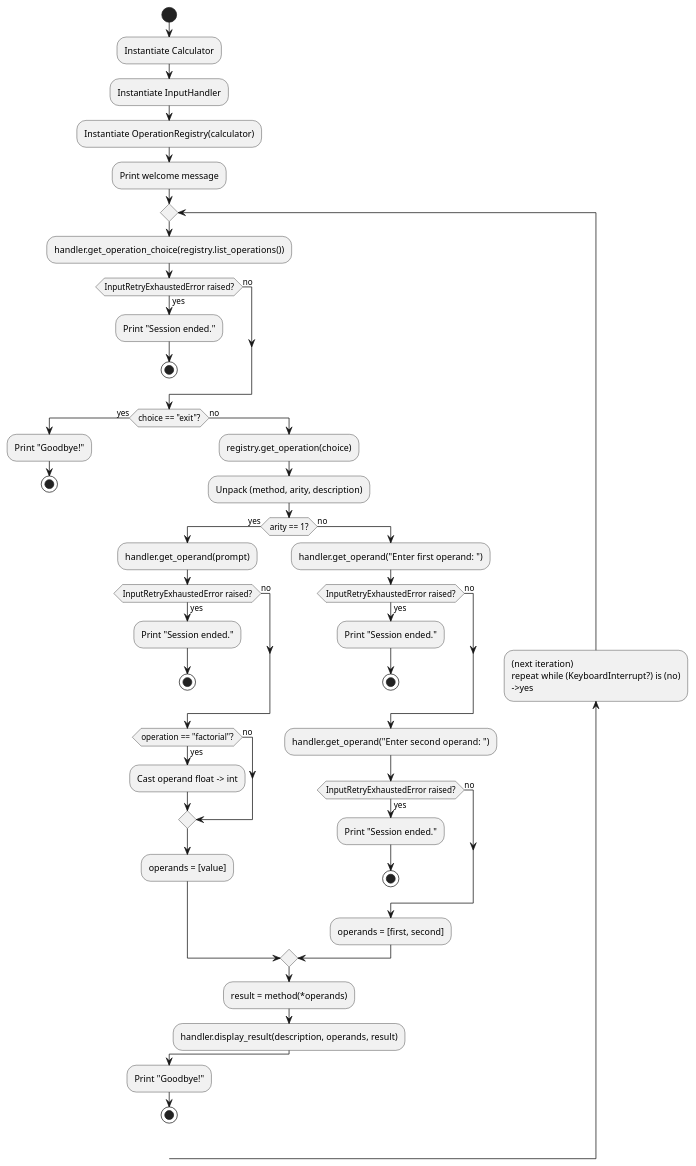
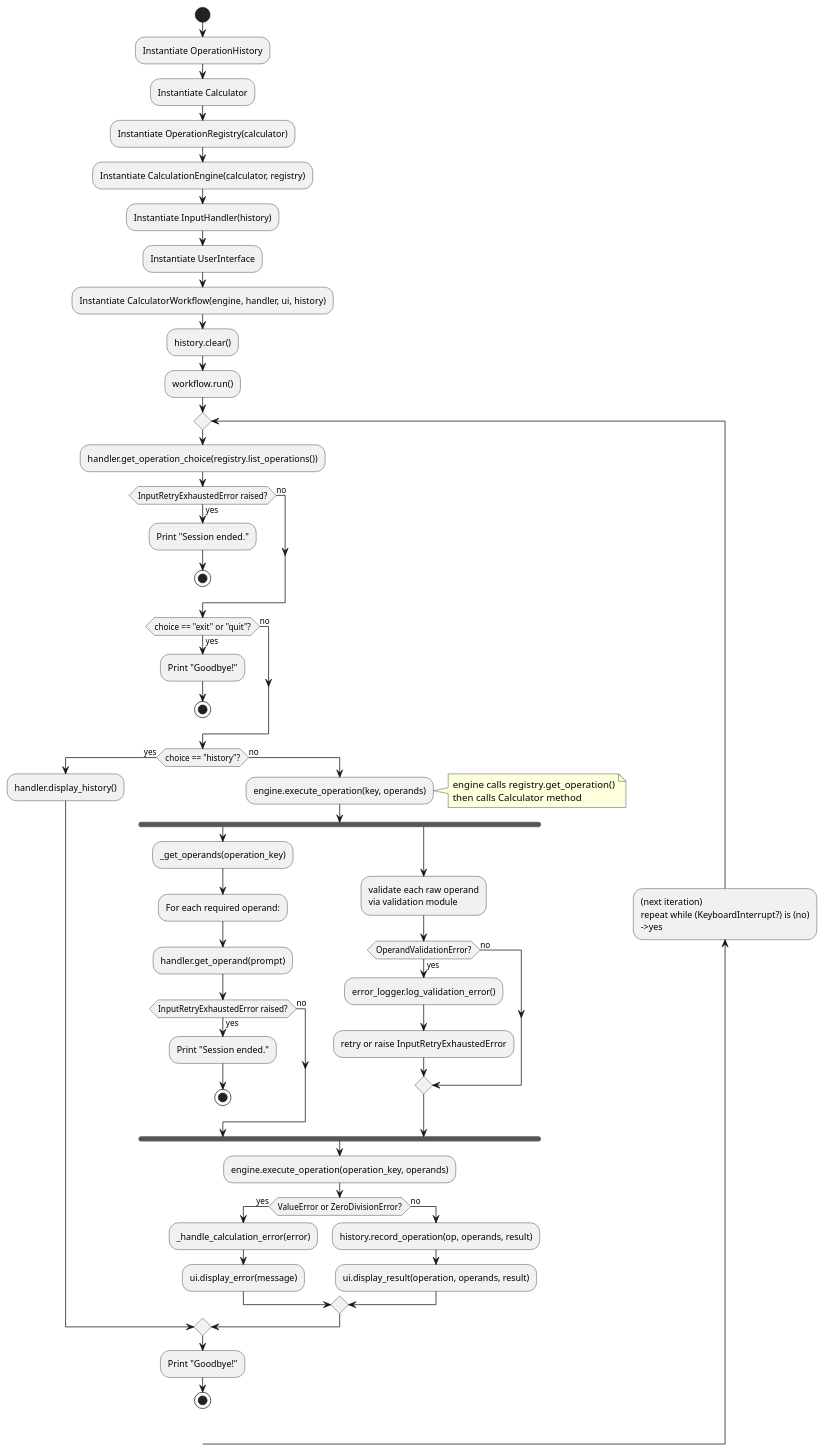
Before and after one commit to DanielRiha8906/Calculator_bachelor_autoevolution_team: the diagram in artifacts/activity_diagram_interactive_loop.puml, drawn with PlantUML. The commit also changed 3 other files, not shown here.

Commit message:
docs: update PlantUML diagrams for current architecture

```diff
--- a/artifacts/activity_diagram_interactive_loop.puml
+++ b/artifacts/activity_diagram_interactive_loop.puml
@@ -1,66 +1,76 @@
 @startuml activity_diagram_interactive_loop
 
 start
 
+:Instantiate OperationHistory;
 :Instantiate Calculator;
-:Instantiate InputHandler;
 :Instantiate OperationRegistry(calculator);
-:Print welcome message;
+:Instantiate CalculationEngine(calculator, registry);
+:Instantiate InputHandler(history);
+:Instantiate UserInterface;
+:Instantiate CalculatorWorkflow(engine, handler, ui, history);
+:history.clear();
+:workflow.run();
 
 repeat
     :handler.get_operation_choice(registry.list_operations());
 
     if (InputRetryExhaustedError raised?) then (yes)
         :Print "Session ended.";
         stop
     else (no)
     endif
 
-    if (choice == "exit"?) then (yes)
+    if (choice == "exit" or "quit"?) then (yes)
         :Print "Goodbye!";
         stop
     else (no)
-        :registry.get_operation(choice);
-        :Unpack (method, arity, description);
+    endif
 
-        if (arity == 1?) then (yes)
+    if (choice == "history"?) then (yes)
+        :handler.display_history();
+    else (no)
+        :engine.execute_operation(key, operands);
+        note right
+            engine calls registry.get_operation()
+            then calls Calculator method
+        end note
+
+        fork
+            :_get_operands(operation_key);
+            :For each required operand:;
             :handler.get_operand(prompt);
             if (InputRetryExhaustedError raised?) then (yes)
                 :Print "Session ended.";
                 stop
             else (no)
             endif
-            if (operation == "factorial"?) then (yes)
-                :Cast operand float -> int;
+        fork again
+            :validate each raw operand\nvia validation module;
+            if (OperandValidationError?) then (yes)
+                :error_logger.log_validation_error();
+                :retry or raise InputRetryExhaustedError;
             else (no)
             endif
-            :operands = [value];
+        end fork
+
+        :engine.execute_operation(operation_key, operands);
+
+        if (ValueError or ZeroDivisionError?) then (yes)
+            :_handle_calculation_error(error);
+            :ui.display_error(message);
         else (no)
-            :handler.get_operand("Enter first operand: ");
-            if (InputRetryExhaustedError raised?) then (yes)
-                :Print "Session ended.";
-                stop
-            else (no)
-            endif
-            :handler.get_operand("Enter second operand: ");
-            if (InputRetryExhaustedError raised?) then (yes)
-                :Print "Session ended.";
-                stop
-            else (no)
-            endif
-            :operands = [first, second];
+            :history.record_operation(op, operands, result);
+            :ui.display_result(operation, operands, result);
         endif
-
-        :result = method(*operands);
-        :handler.display_result(description, operands, result);
     endif
 
 backward: (next iteration)
 repeat while (KeyboardInterrupt?) is (no)
 ->yes;
 
 :Print "Goodbye!";
 
 stop
 
 @enduml
```
